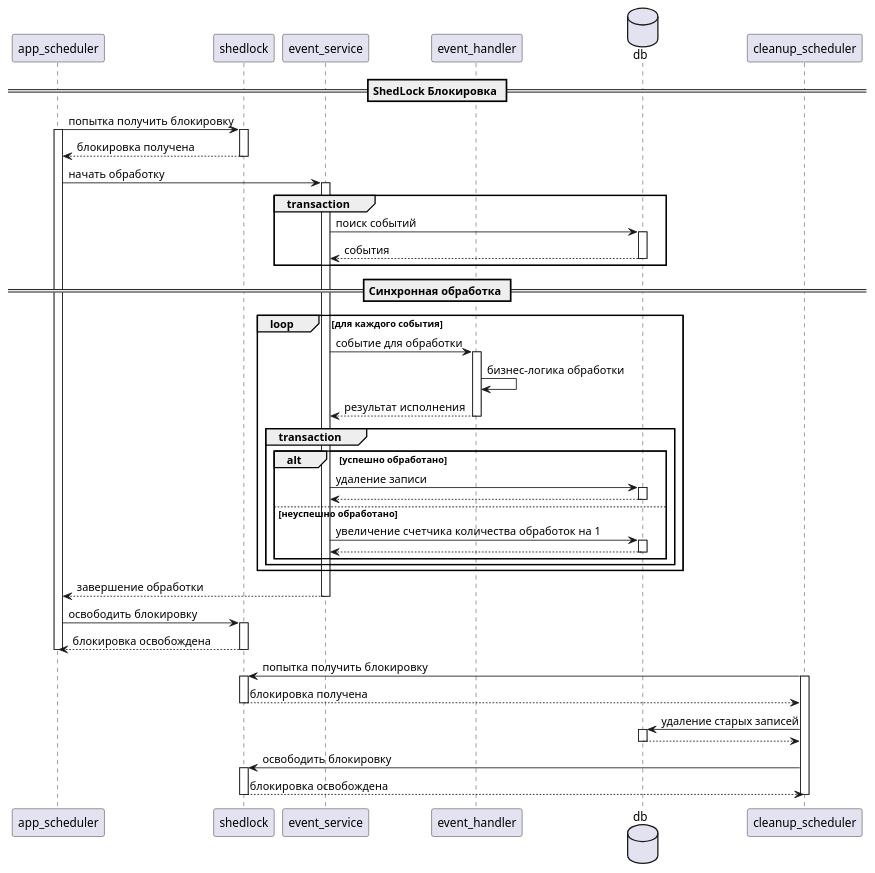
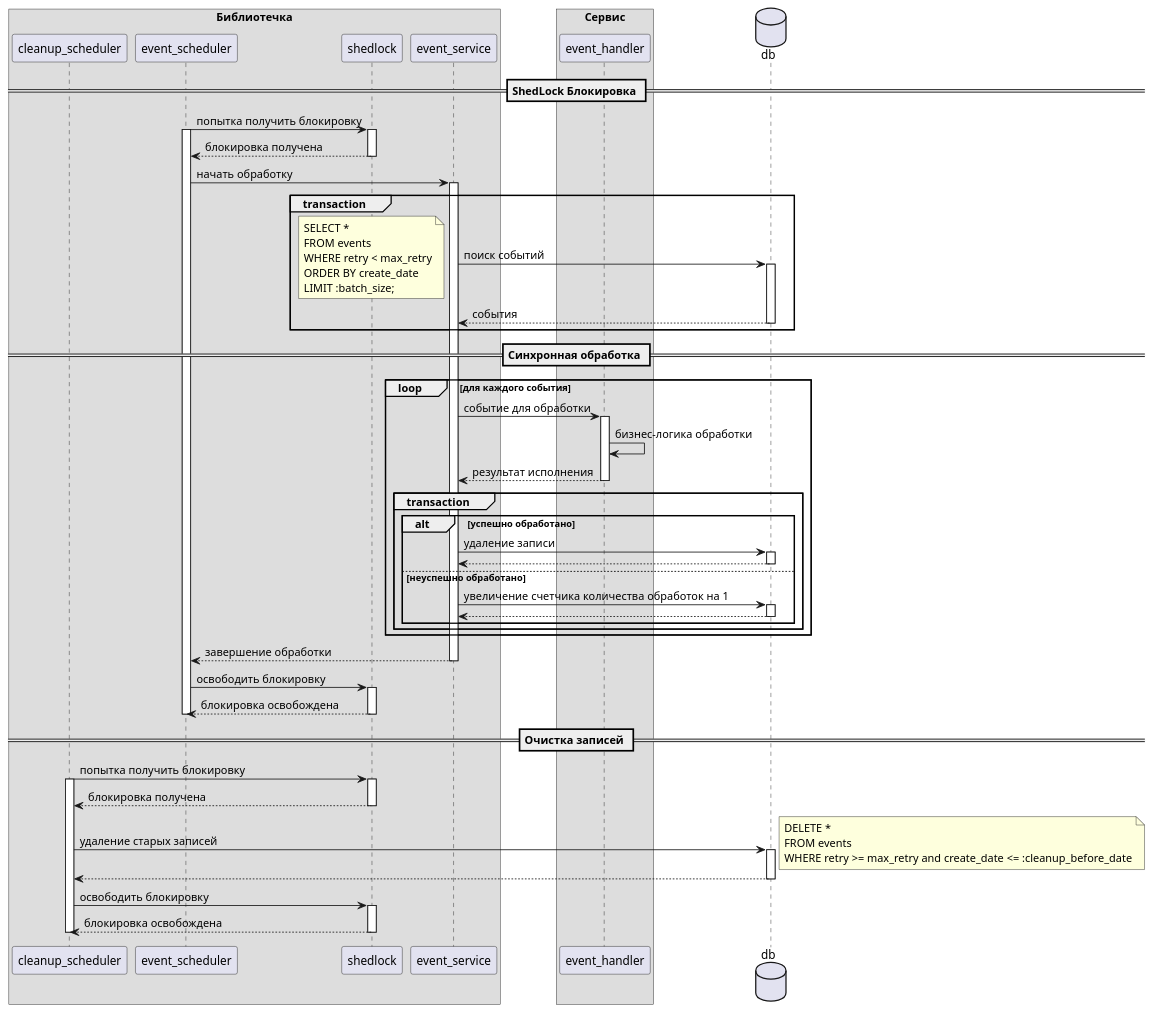
The diagram in result_processing.plantuml (laym0n/eventhandling), drawn with PlantUML before and after one commit. The commit also changed 12 other files, not shown here.

```diff
--- a/result_processing.plantuml
+++ b/result_processing.plantuml
@@ -1,82 +1,103 @@
 @startuml processing
 
-participant app_scheduler
-participant shedlock
-participant event_service
-participant event_handler
+box "Библиотечка"
+    participant cleanup_scheduler
+    participant event_scheduler
+    participant shedlock
+    participant event_service
+end box
+
+box "Сервис"
+    participant event_handler
+end box
+
 database db
 
 == ShedLock Блокировка ==
 
-app_scheduler -> shedlock : попытка получить блокировку
-activate app_scheduler
+event_scheduler -> shedlock : попытка получить блокировку
+activate event_scheduler
 activate shedlock
 
-shedlock --> app_scheduler : блокировка получена
+shedlock --> event_scheduler : блокировка получена
 deactivate shedlock
 
-app_scheduler -> event_service : начать обработку
+event_scheduler -> event_service : начать обработку
 activate event_service
 
 group transaction
     event_service -> db : поиск событий
+    note left
+        SELECT *
+        FROM events
+        WHERE retry < max_retry
+        ORDER BY create_date
+        LIMIT :batch_size;
+    end note
     activate db
     db --> event_service : события
     deactivate db
 end
 
 == Синхронная обработка ==
 loop для каждого события
     event_service -> event_handler : событие для обработки
     activate event_handler
 
     event_handler -> event_handler : бизнес-логика обработки
 
     event_handler --> event_service : результат исполнения
     deactivate event_handler
 
     group transaction
         alt успешно обработано
             event_service -> db : удаление записи 
             activate db
             db --> event_service
             deactivate db
         else неуспешно обработано
             event_service -> db : увеличение счетчика количества обработок на 1
             activate db
             db --> event_service
             deactivate db
         end
     end
 end
 
-event_service --> app_scheduler : завершение обработки
+event_service --> event_scheduler : завершение обработки
 deactivate event_service
 
-app_scheduler -> shedlock : освободить блокировку
+event_scheduler -> shedlock : освободить блокировку
 activate shedlock
-shedlock --> app_scheduler : блокировка освобождена
+shedlock --> event_scheduler : блокировка освобождена
 deactivate shedlock
 
-deactivate app_scheduler
+deactivate event_scheduler
+
+== Очистка записей ==
 
 cleanup_scheduler -> shedlock : попытка получить блокировку
 activate cleanup_scheduler
 activate shedlock
 
 shedlock --> cleanup_scheduler : блокировка получена
 deactivate shedlock
 
 cleanup_scheduler -> db : удаление старых записей
+note right
+    DELETE *
+    FROM events
+    WHERE retry >= max_retry and create_date <= :cleanup_before_date
+end note
 activate db
 db --> cleanup_scheduler
 deactivate db
 
 cleanup_scheduler -> shedlock : освободить блокировку
 activate shedlock
 shedlock --> cleanup_scheduler : блокировка освобождена
 deactivate shedlock
 
 deactivate cleanup_scheduler
 
 @enduml
```
